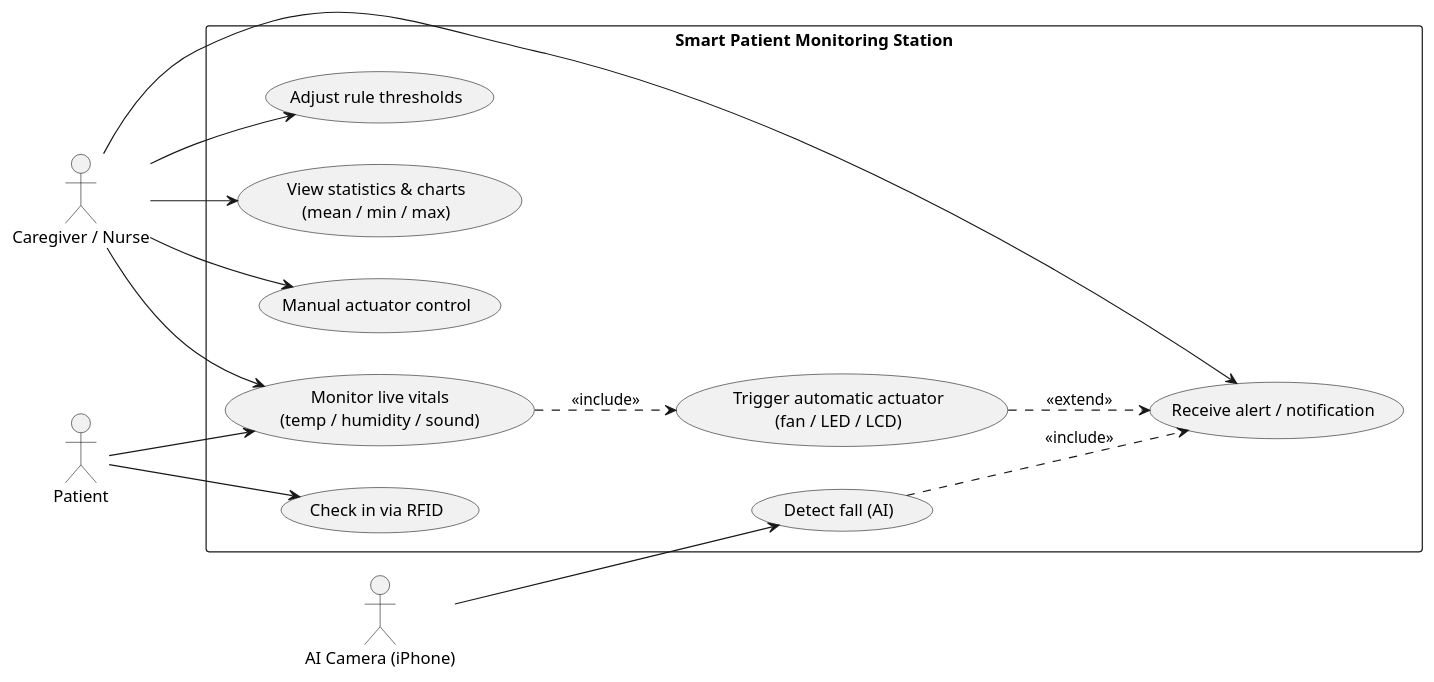
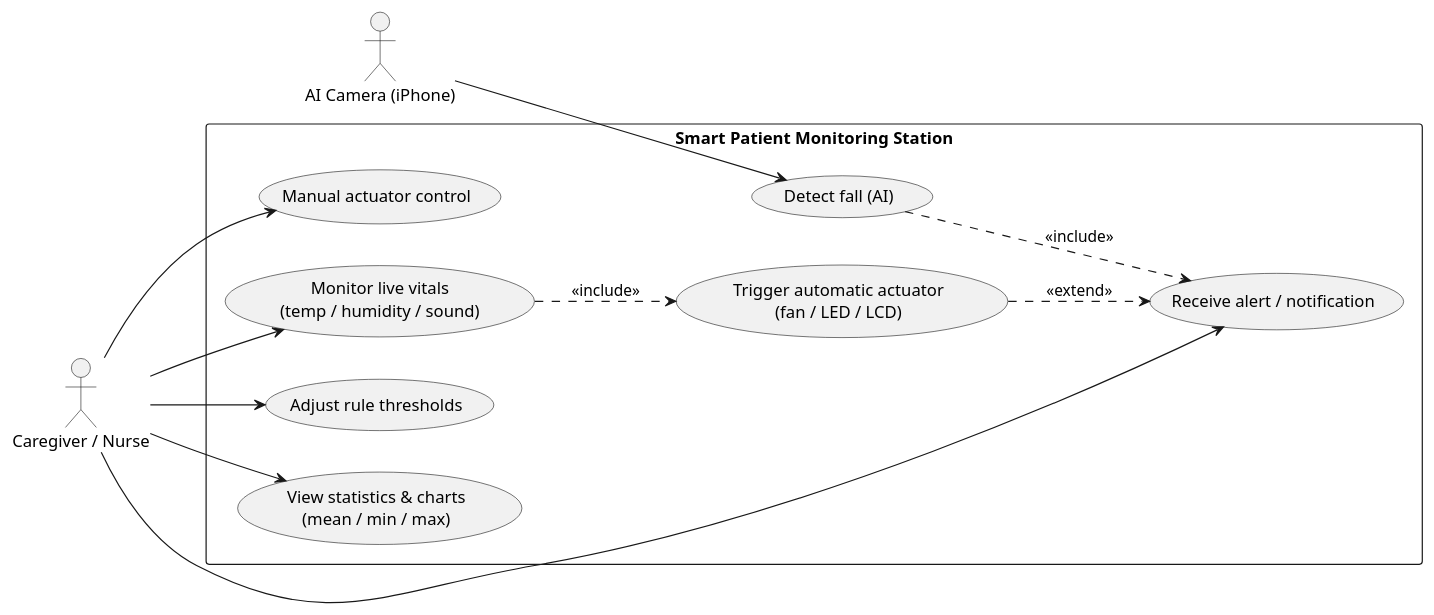
Before and after one commit to Protein-17012006/IOT-HealthStation: the second of 7 diagrams in docs/diagrams.md, drawn with PlantUML. The commit also changed other lines of this file and 14 other files, not shown here.

````diff
--- a/docs/diagrams.md
+++ b/docs/diagrams.md
@@ -67,33 +65,29 @@
 ```plantuml
 @startuml
 left to right direction
 skinparam packageStyle rectangle
 
 actor "Caregiver / Nurse" as Nurse
-actor "Patient" as Patient
 actor "AI Camera (iPhone)" as Cam
 
 rectangle "Smart Patient Monitoring Station" {
-  usecase "Check in via RFID"                       as UC1
   usecase "Monitor live vitals\n(temp / humidity / sound)" as UC2
   usecase "Detect fall (AI)"                        as UC3
   usecase "Trigger automatic actuator\n(fan / LED / LCD)"  as UC4
   usecase "Receive alert / notification"            as UC5
   usecase "Adjust rule thresholds"                  as UC6
   usecase "View statistics & charts\n(mean / min / max)"   as UC7
   usecase "Manual actuator control"                 as UC8
 }
 
-Patient --> UC1
-Patient --> UC2
 Cam     --> UC3
 UC2 ..> UC4 : <<include>>
 UC3 ..> UC5 : <<include>>
 UC4 ..> UC5 : <<extend>>
 Nurse --> UC2
 Nurse --> UC5
 Nurse --> UC6
 Nurse --> UC7
 Nurse --> UC8
 @enduml
 ```
````
